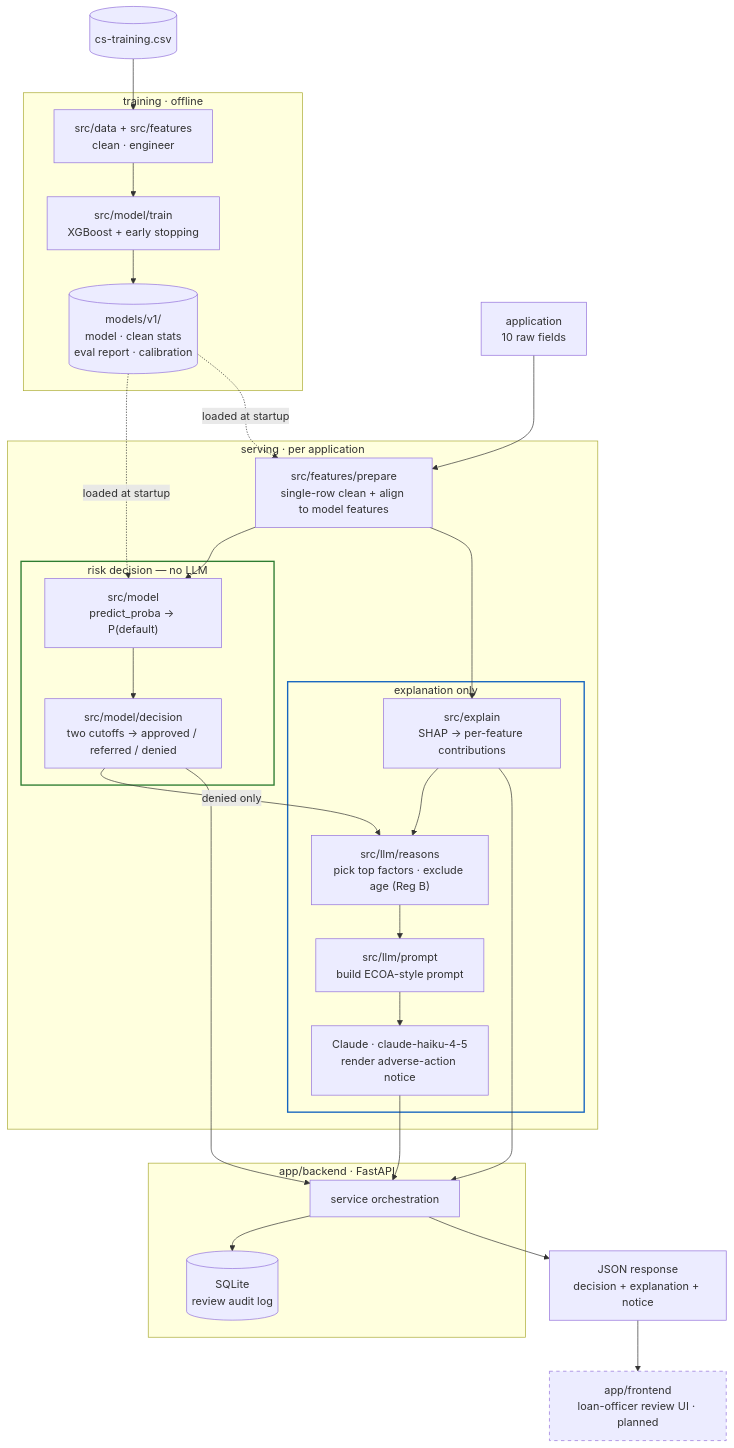
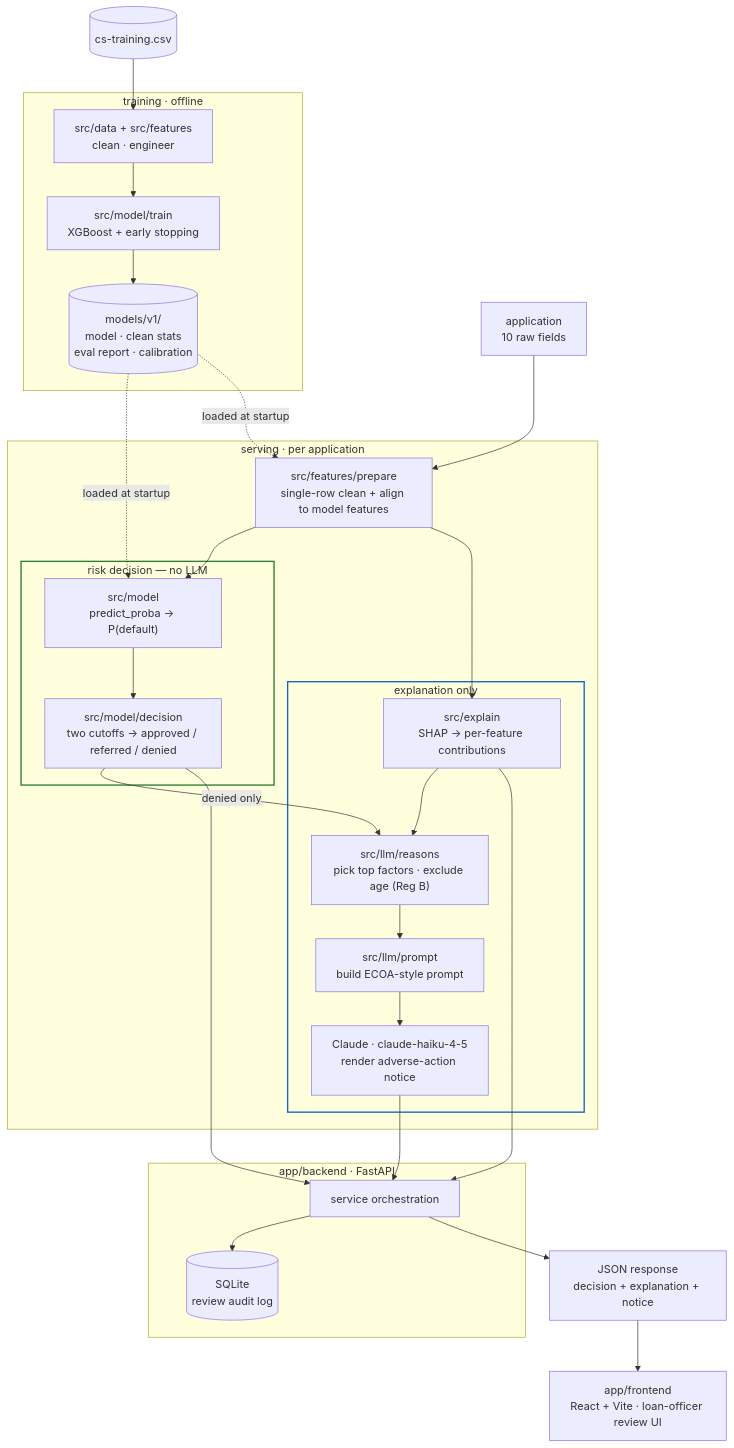
One commit to Haastastic/ai-underwriter changed the diagram in README.md. Above: the diagram before and after it, drawn with Mermaid. The commit also changed other lines of this file and 27 other files, not shown here.

First line of the commit message:
Phase 7: React + Vite loan-officer review frontend

````diff
--- a/README.md
+++ b/README.md
@@ -23,52 +23,51 @@
 ```mermaid
 flowchart TB
     CSV[("cs-training.csv")]
     REQ["application<br/>10 raw fields"]
 
     subgraph TRAIN["training · offline"]
       D1["src/data + src/features<br/>clean · engineer"]
       D2["src/model/train<br/>XGBoost + early stopping"]
       D1 --> D2 --> ART[("models/v1/<br/>model · clean stats<br/>eval report · calibration")]
     end
     CSV --> D1
 
     subgraph SERVE["serving · per application"]
       PREP["src/features/prepare<br/>single-row clean + align to model features"]
 
       subgraph DEC["risk decision — no LLM"]
         M["src/model<br/>predict_proba → P(default)"]
         P["src/model/decision<br/>two cutoffs → approved / referred / denied"]
         M --> P
       end
 
       subgraph EXP["explanation only"]
         S["src/explain<br/>SHAP → per-feature contributions"]
         R["src/llm/reasons<br/>pick top factors · exclude age (Reg B)"]
         PR["src/llm/prompt<br/>build ECOA-style prompt"]
         L["Claude · claude-haiku-4-5<br/>render adverse-action notice"]
         S --> R --> PR --> L
       end
 
       PREP --> M
       PREP --> S
       P -->|"denied only"| R
     end
 
     REQ --> PREP
     ART -. loaded at startup .-> M
     ART -. loaded at startup .-> PREP
 
     subgraph API["app/backend · FastAPI"]
       O["service orchestration"] --> DB[("SQLite<br/>review audit log")]
     end
 
     P --> O
     S --> O
     L --> O
     O --> OUT["JSON response<br/>decision + explanation + notice"]
-    OUT --> FE["app/frontend<br/>loan-officer review UI · planned"]
+    OUT --> FE["app/frontend<br/>React + Vite · loan-officer review UI"]
 
     style DEC stroke:#2e7d32,stroke-width:2px
     style EXP stroke:#1565c0,stroke-width:2px
-    style FE stroke-dasharray:5 5
 ```
````
